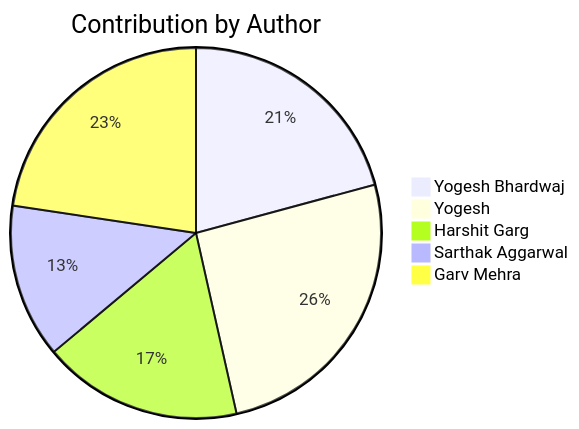
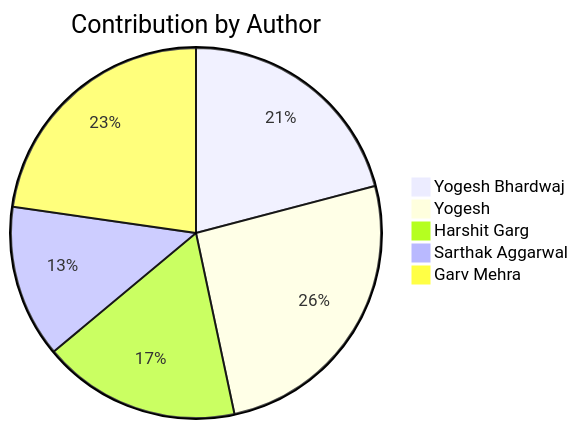
Before and after one commit to Yogesh-Bhardwaj-hue/Scm-Final_2.0: the second of 2 diagrams in README.md, drawn with Mermaid. The commit also changed other lines of this file, not shown here.

Commit message:
Update contribution charts

````diff
--- a/README.md
+++ b/README.md
@@ -220,8 +220,8 @@
 ```mermaid
 pie title Contribution by Author
-    "Yogesh Bhardwaj": 68
-    "Yogesh": 84
+    "Yogesh Bhardwaj": 69
+    "Yogesh": 85
     "Harshit Garg": 57
     "Sarthak Aggarwal": 44
-    "Garv Mehra": 74
+    "Garv Mehra": 75
 ```
````
